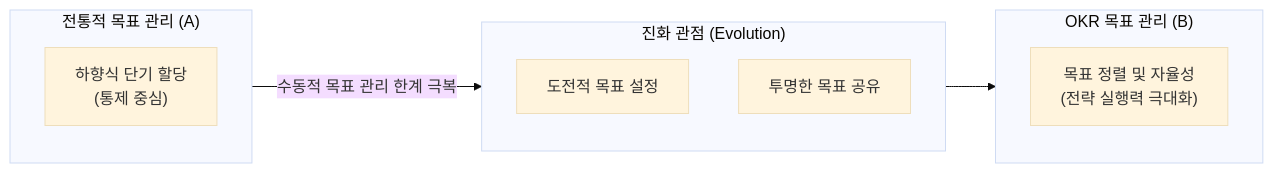
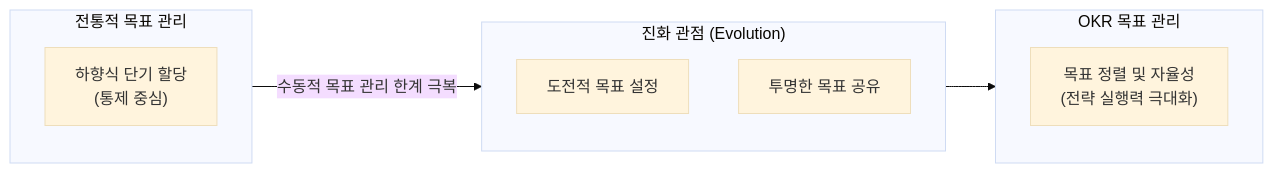
Before and after one commit to jeonck/fw-thinking: the first of 2 diagrams in docs/11-modern-organization/okr.md, drawn with Mermaid (base theme). The commit also changed 92 other files, not shown here.

````diff
--- a/docs/11-modern-organization/okr.md
+++ b/docs/11-modern-organization/okr.md
@@ -21,19 +21,19 @@
 ```mermaid
 flowchart LR
-    subgraph A["전통적 목표 관리 (A)"]
+    subgraph A["전통적 목표 관리 "]
         A1["하향식 단기 할당<br/>(통제 중심)"]
     end
 
     subgraph TRANS["진화 관점 (Evolution)"]
         direction TB
         T1["도전적 목표 설정"]
         T2["투명한 목표 공유"]
     end
 
-    subgraph B["OKR 목표 관리 (B)"]
+    subgraph B["OKR 목표 관리 "]
         B1["목표 정렬 및 자율성<br/>(전략 실행력 극대화)"]
     end
 
     A -- "수동적 목표 관리 한계 극복" --> TRANS
     TRANS --> B
 ```
````
